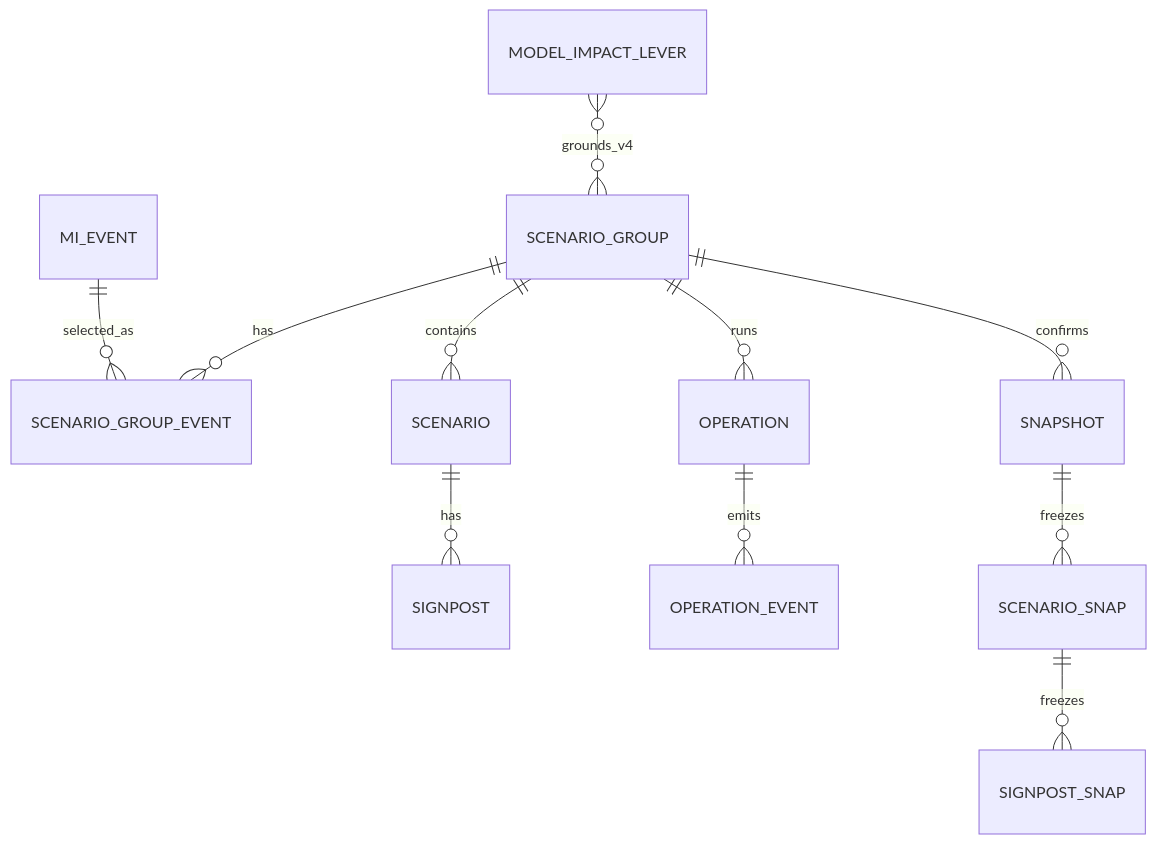
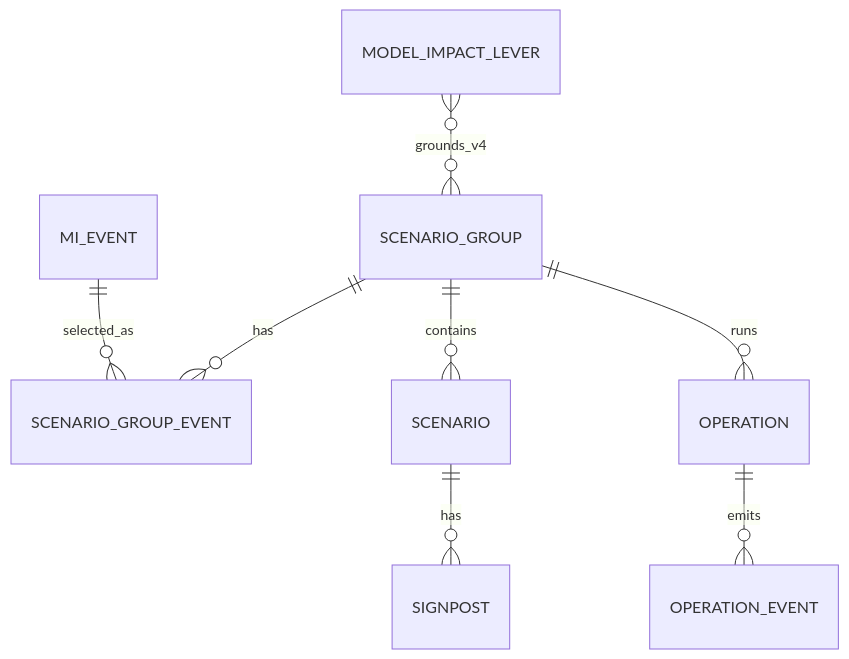
Before and after one commit to enkhbaatarL/skmip-mi-agent: the diagram in docs/agents/scenario_group_agent/04_SCENARIO_GROUP_AGENT_DB_SPEC.md, drawn with Mermaid. The commit also changed other lines of this file and 15 other files, not shown here.

````diff
--- a/docs/agents/scenario_group_agent/04_SCENARIO_GROUP_AGENT_DB_SPEC.md
+++ b/docs/agents/scenario_group_agent/04_SCENARIO_GROUP_AGENT_DB_SPEC.md
@@ -20,13 +20,10 @@
 ```mermaid
 erDiagram
     MI_EVENT ||--o{ SCENARIO_GROUP_EVENT : selected_as
     SCENARIO_GROUP ||--o{ SCENARIO_GROUP_EVENT : has
     SCENARIO_GROUP ||--o{ SCENARIO : contains
     SCENARIO ||--o{ SIGNPOST : has
     SCENARIO_GROUP ||--o{ OPERATION : runs
     OPERATION ||--o{ OPERATION_EVENT : emits
-    SCENARIO_GROUP ||--o{ SNAPSHOT : confirms
-    SNAPSHOT ||--o{ SCENARIO_SNAP : freezes
-    SCENARIO_SNAP ||--o{ SIGNPOST_SNAP : freezes
     MODEL_IMPACT_LEVER }o--o{ SCENARIO_GROUP : grounds_v4
 ```
````
